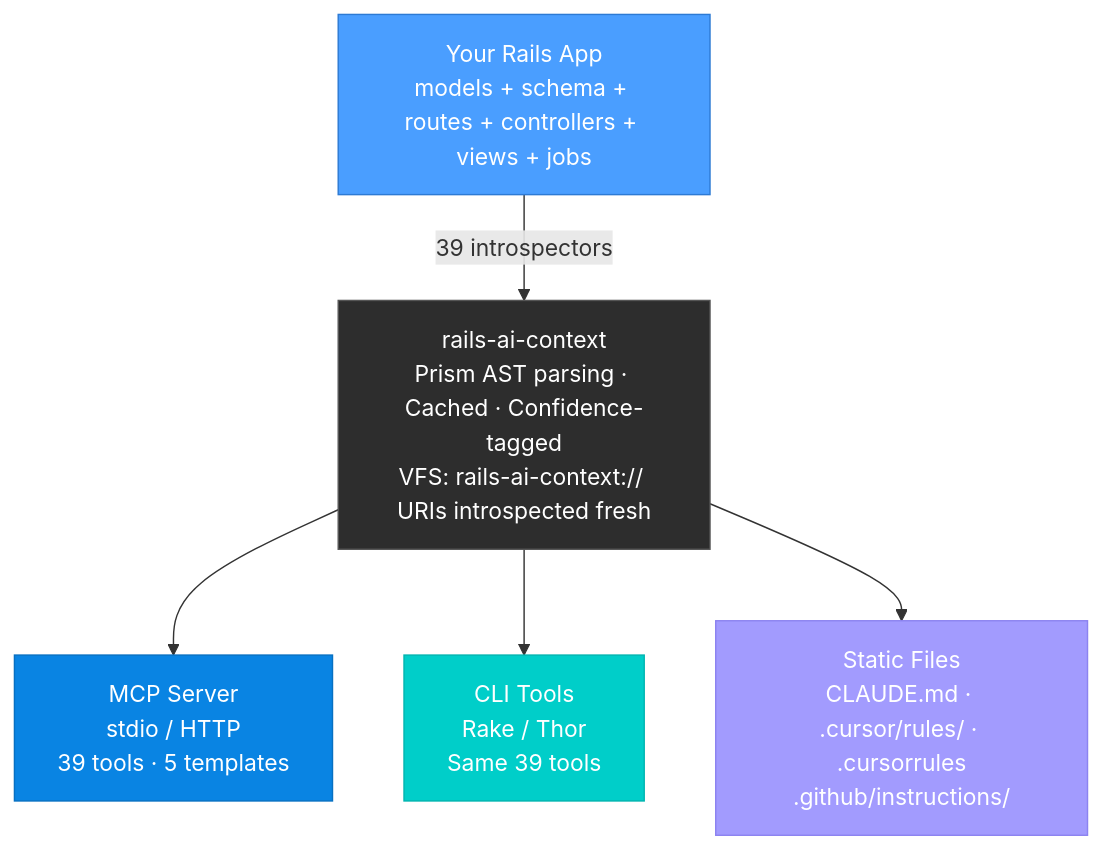
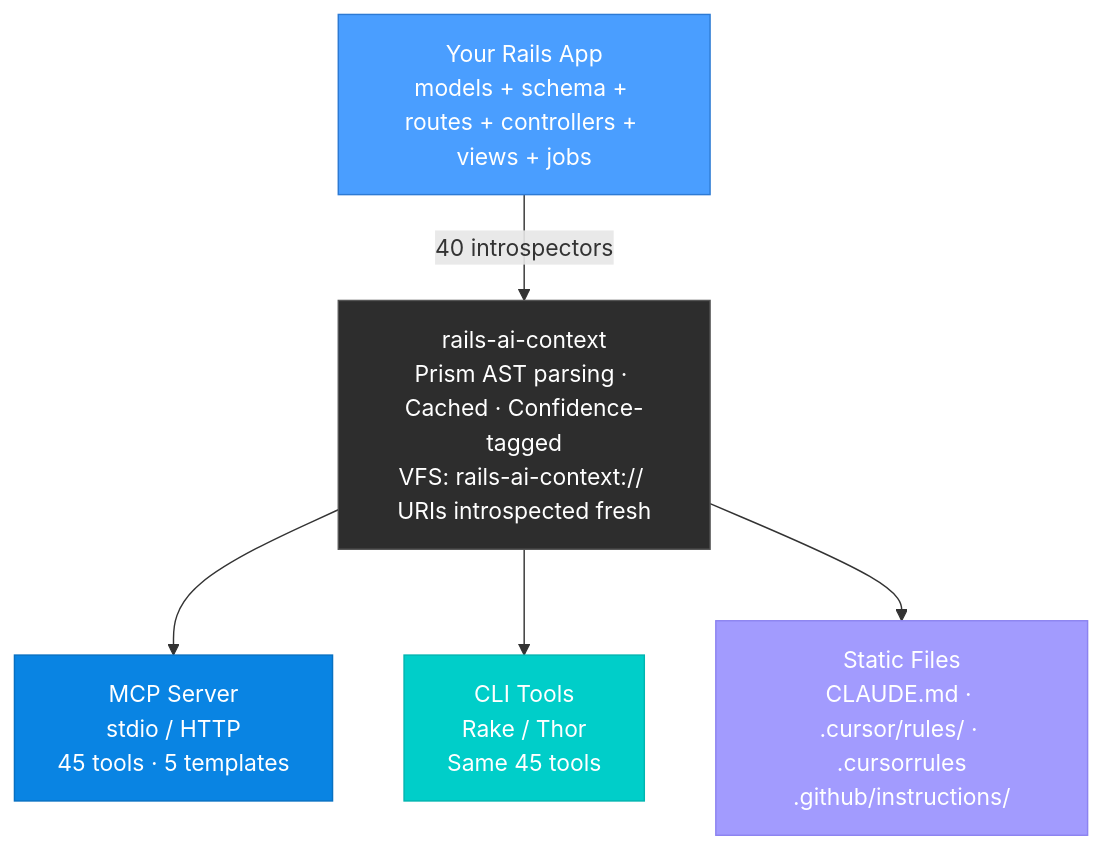
The diagram in README.md (crisnahine/rails-ai-context), drawn with Mermaid before and after one commit. The commit also changed other lines of this file and 20 other files, not shown here.

First line of the commit message:
docs: 45 tools / 40 introspectors coherence pass

````diff
--- a/README.md
+++ b/README.md
@@ -398,16 +404,16 @@
 ```mermaid
 graph TD
-    A["Your Rails App\nmodels + schema + routes + controllers + views + jobs"] -->|"39 introspectors"| B
+    A["Your Rails App\nmodels + schema + routes + controllers + views + jobs"] -->|"40 introspectors"| B
 
     B["rails-ai-context\nPrism AST parsing · Cached · Confidence-tagged\nVFS: rails-ai-context:// URIs introspected fresh"]
 
-    B --> C["MCP Server\nstdio / HTTP\n39 tools · 5 templates"]
-    B --> D["CLI Tools\nRake / Thor\nSame 39 tools"]
+    B --> C["MCP Server\nstdio / HTTP\n45 tools · 5 templates"]
+    B --> D["CLI Tools\nRake / Thor\nSame 45 tools"]
     B --> E["Static Files\nCLAUDE.md · .cursor/rules/ · .cursorrules\n.github/instructions/"]
 
     style A fill:#4a9eff,stroke:#2d7ad4,color:#fff
     style B fill:#2d2d2d,stroke:#555,color:#fff
     style C fill:#0984e3,stroke:#0770c2,color:#fff
     style D fill:#00cec9,stroke:#00b5b0,color:#fff
     style E fill:#a29bfe,stroke:#8c83f0,color:#fff
 ```
````
